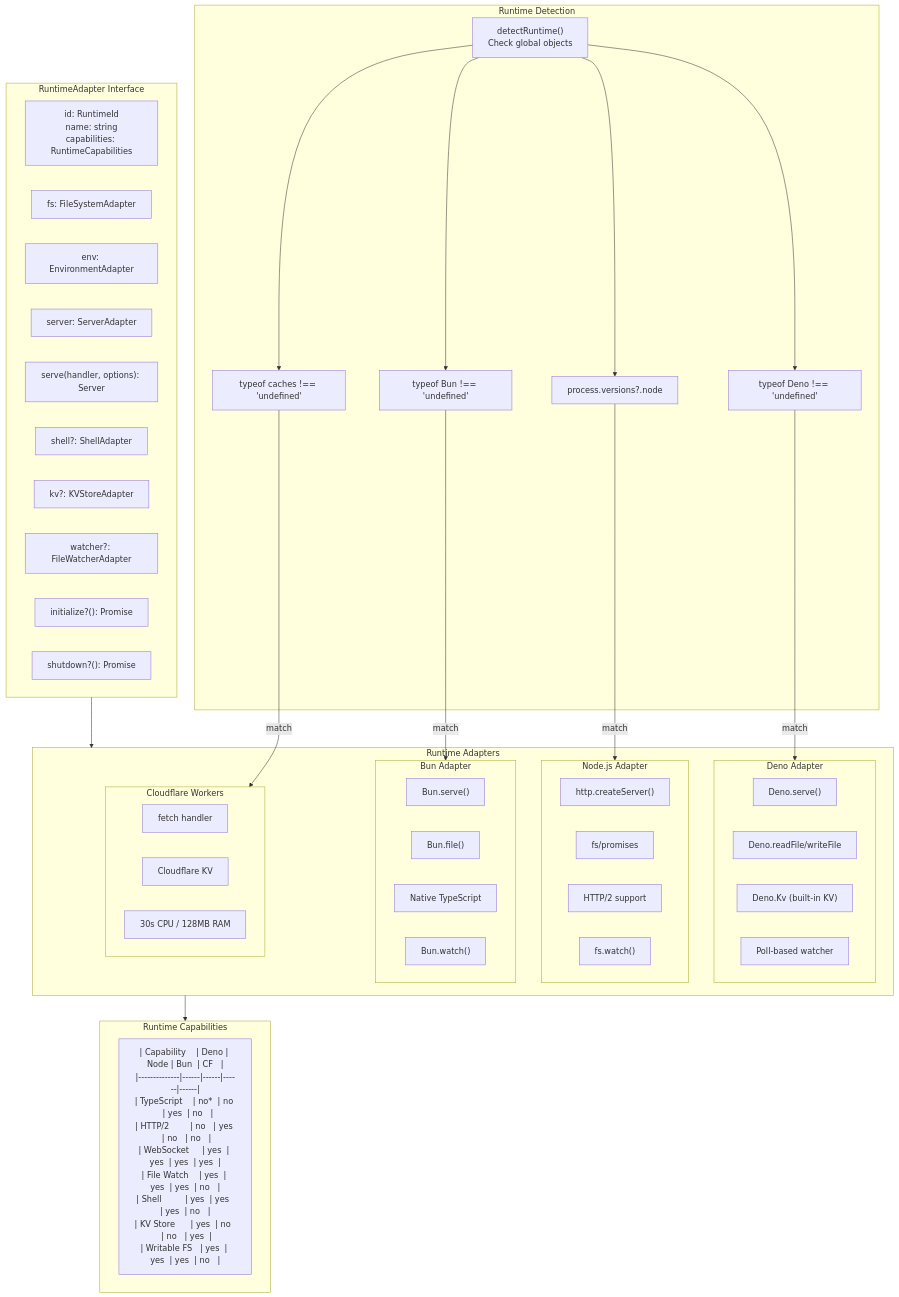
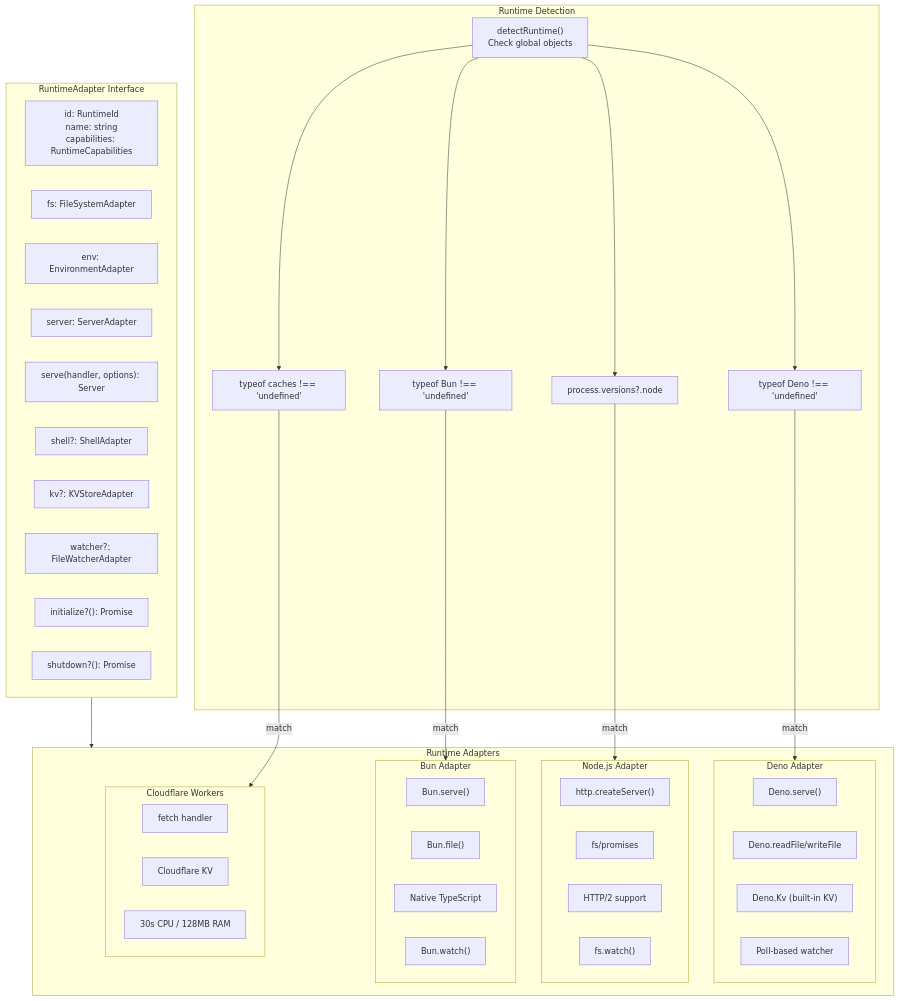
Before and after one commit to veryfront/veryfront-code: the first of 5 diagrams in docs/architecture/05-deployment-platform.md, drawn with Mermaid. The commit also changed other lines of this file and 2 other files, not shown here.

First line of the commit message:
docs: fix architecture diagram review feedback

````diff
--- a/docs/architecture/05-deployment-platform.md
+++ b/docs/architecture/05-deployment-platform.md
@@ -9,65 +9,60 @@
 ```mermaid
 graph TB
     subgraph Detection["Runtime Detection"]
         Detect["detectRuntime()<br/>Check global objects"]
         DenoCheck["typeof Deno !== 'undefined'"]
         BunCheck["typeof Bun !== 'undefined'"]
         NodeCheck["process.versions?.node"]
         CFCheck["typeof caches !== 'undefined'"]
     end
 
     subgraph AdapterInterface["RuntimeAdapter Interface"]
         Props["id: RuntimeId<br/>name: string<br/>capabilities: RuntimeCapabilities"]
         FS["fs: FileSystemAdapter"]
         Env["env: EnvironmentAdapter"]
         ServerAdpt["server: ServerAdapter"]
         Serve["serve(handler, options): Server"]
         OptShell["shell?: ShellAdapter"]
         OptKV["kv?: KVStoreAdapter"]
         OptWatch["watcher?: FileWatcherAdapter"]
         Init["initialize?(): Promise"]
         Shutdown["shutdown?(): Promise"]
     end
 
     subgraph Adapters["Runtime Adapters"]
         subgraph DenoAdapter["Deno Adapter"]
             DenoServe["Deno.serve()"]
             DenoFS["Deno.readFile/writeFile"]
             DenoKV["Deno.Kv (built-in KV)"]
             DenoWatch["Poll-based watcher"]
         end
 
         subgraph NodeAdapter["Node.js Adapter"]
             NodeServe["http.createServer()"]
             NodeFS["fs/promises"]
             NodeHTTP2["HTTP/2 support"]
             NodeWatch["fs.watch()"]
         end
 
         subgraph BunAdapter["Bun Adapter"]
             BunServe["Bun.serve()"]
             BunFS["Bun.file()"]
             BunTS["Native TypeScript"]
             BunWatch2["Bun.watch()"]
         end
 
         subgraph CFAdapter["Cloudflare Workers"]
             CFFetch["fetch handler"]
             CFKV["Cloudflare KV"]
             CFLimits["30s CPU / 128MB RAM"]
         end
     end
 
-    subgraph Capabilities["Runtime Capabilities"]
-        CapTable["| Capability    | Deno | Node | Bun  | CF   |<br/>|--------------|------|------|------|------|<br/>| TypeScript    | no*  | no   | yes  | no   |<br/>| HTTP/2        | no   | yes  | no   | no   |<br/>| WebSocket     | yes  | yes  | yes  | yes  |<br/>| File Watch    | yes  | yes  | yes  | no   |<br/>| Shell         | yes  | yes  | yes  | no   |<br/>| KV Store      | yes  | no   | no   | yes  |<br/>| Writable FS   | yes  | yes  | yes  | no   |"]
-    end
-
     Detect --> DenoCheck & BunCheck & NodeCheck & CFCheck
     DenoCheck -->|match| DenoAdapter
     BunCheck -->|match| BunAdapter
     NodeCheck -->|match| NodeAdapter
     CFCheck -->|match| CFAdapter
 
     AdapterInterface --> Adapters
-    Adapters --> Capabilities
 ```
````
